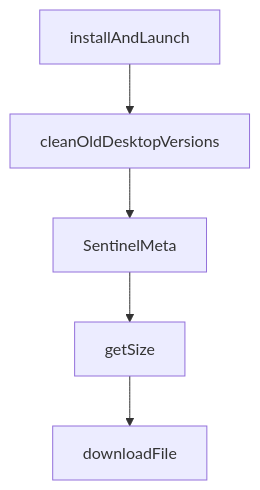
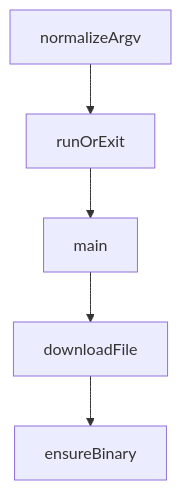
Before and after one commit to johnxie/awesome-code-docs: the diagram in tutorials/vibe-kanban-tutorial/06-remote-access-and-self-hosting.md, drawn with Mermaid. The commit also changed other lines of this file and 1232 other files, not shown here.

````diff
--- a/tutorials/vibe-kanban-tutorial/06-remote-access-and-self-hosting.md
+++ b/tutorials/vibe-kanban-tutorial/06-remote-access-and-self-hosting.md
@@ -207,12 +212,12 @@
 ```mermaid
 flowchart TD
-    A[installAndLaunch]
-    B[cleanOldDesktopVersions]
-    C[SentinelMeta]
-    D[getSize]
-    E[downloadFile]
+    A[normalizeArgv]
+    B[runOrExit]
+    C[main]
+    D[downloadFile]
+    E[ensureBinary]
     A --> B
     B --> C
     C --> D
     D --> E
 ```
````
